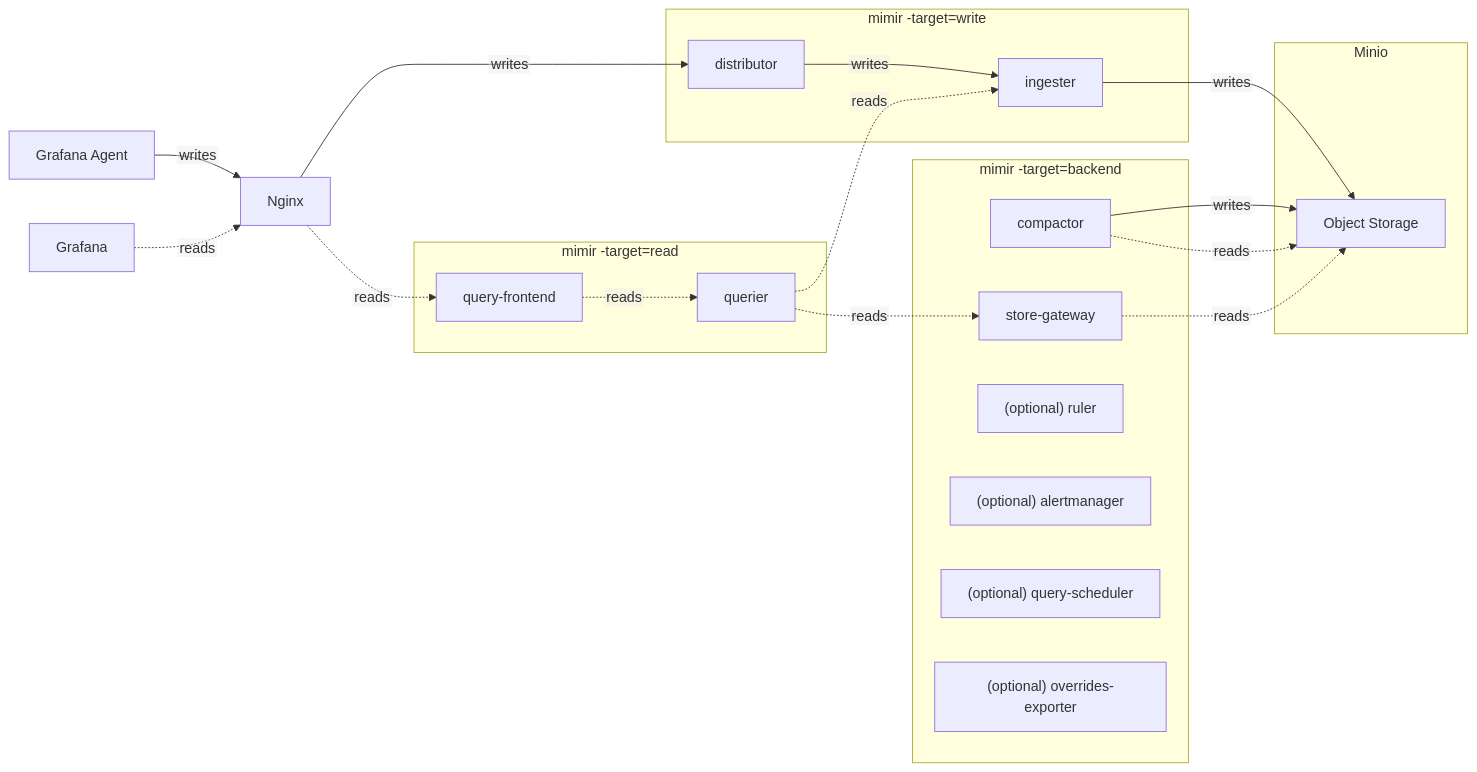
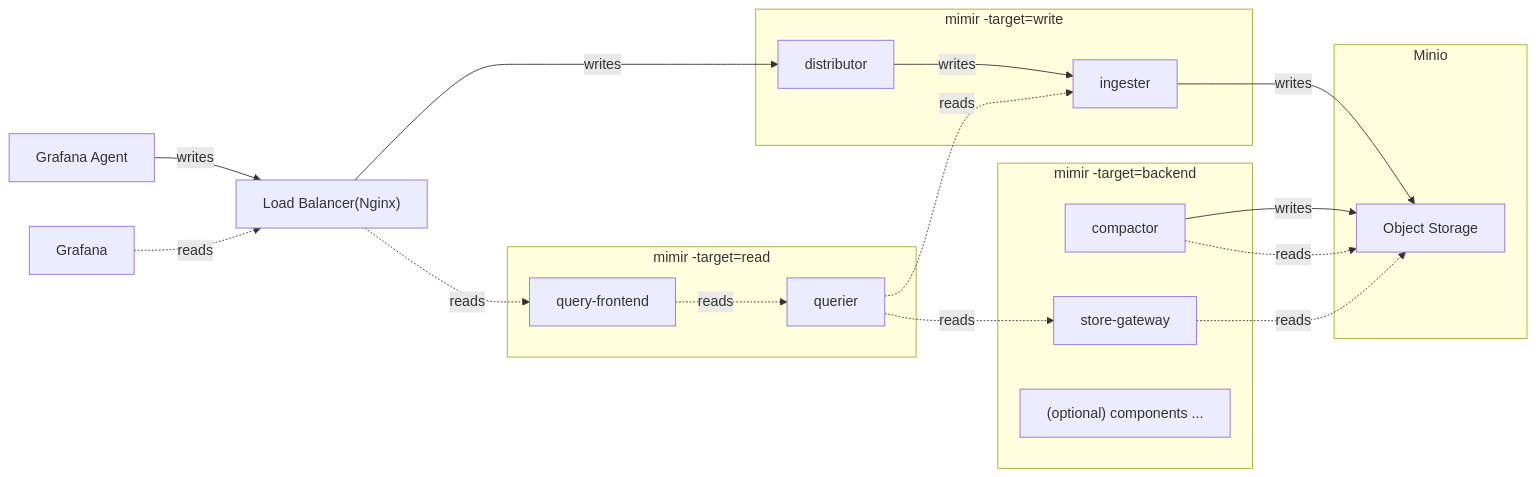
The diagram in docker-compose/read-write-mode/metrics/README.md (qclaogui/codelab-monitoring), drawn with Mermaid before and after one commit. The commit also changed other lines of this file and 5 other files, not shown here.

Commit message:
improve flowchart graph

````diff
--- a/docker-compose/read-write-mode/metrics/README.md
+++ b/docker-compose/read-write-mode/metrics/README.md
@@ -27,40 +27,33 @@
 ```mermaid
-%%{init: {"flowchart": {"htmlLabels": false}} }%%
 flowchart LR
-    Agent["Grafana Agent"] --> | writes | Nginx
-    Grafana -.-> | reads | Nginx
+    Agent["Grafana Agent"] --> | writes | GateWay["Load Balancer(Nginx)"]
+    Grafana                -.-> | reads | GateWay
 
-    Nginx --> | writes| Distributor["distributor"]
-    Nginx -.-> | reads | QueryFrontend["query-frontend"]
+    GateWay -->  | writes| Distributor
+    GateWay -.-> | reads | QueryFrontend
 
     subgraph MimirWrite["mimir -target=write"]
-        Distributor --> | writes  | Ingester["ingester"]
+        Distributor["distributor"] --> | writes | Ingester["ingester"]
     end
 
     subgraph MimirRead["mimir -target=read"]
-        QueryFrontend -.-> | reads  | Querier["querier"]
+        QueryFrontend["query-frontend"] -.-> | reads | Querier["querier"]
     end
 
     subgraph MimirBackend["mimir -target=backend"]
         StoreGateway["store-gateway"]
         Compactor["compactor"]
 
-        Ruler["(optional) ruler"]
-        Alertmanager["(optional) alertmanager"]
-        QueryScheduler["(optional) query-scheduler"]
-        OverridesExporter["(optional) overrides-exporter"]
+        Optional["`(optional) components ...`"]
     end
 
     subgraph Minio
         ObjectStorage["Object Storage"]
     end
 
-    Ingester --> | writes | ObjectStorage
-    Compactor --> | writes| ObjectStorage
+    Ingester & Compactor --> | writes | ObjectStorage
 
-    Querier  -.-> | reads | Ingester
-    Querier  -.-> | reads | StoreGateway
-    Compactor -.-> | reads| ObjectStorage
-    StoreGateway -.-> | reads | ObjectStorage
+    Querier                  -.-> | reads | Ingester & StoreGateway
+    Compactor & StoreGateway -.-> | reads | ObjectStorage
     
 ```
````
